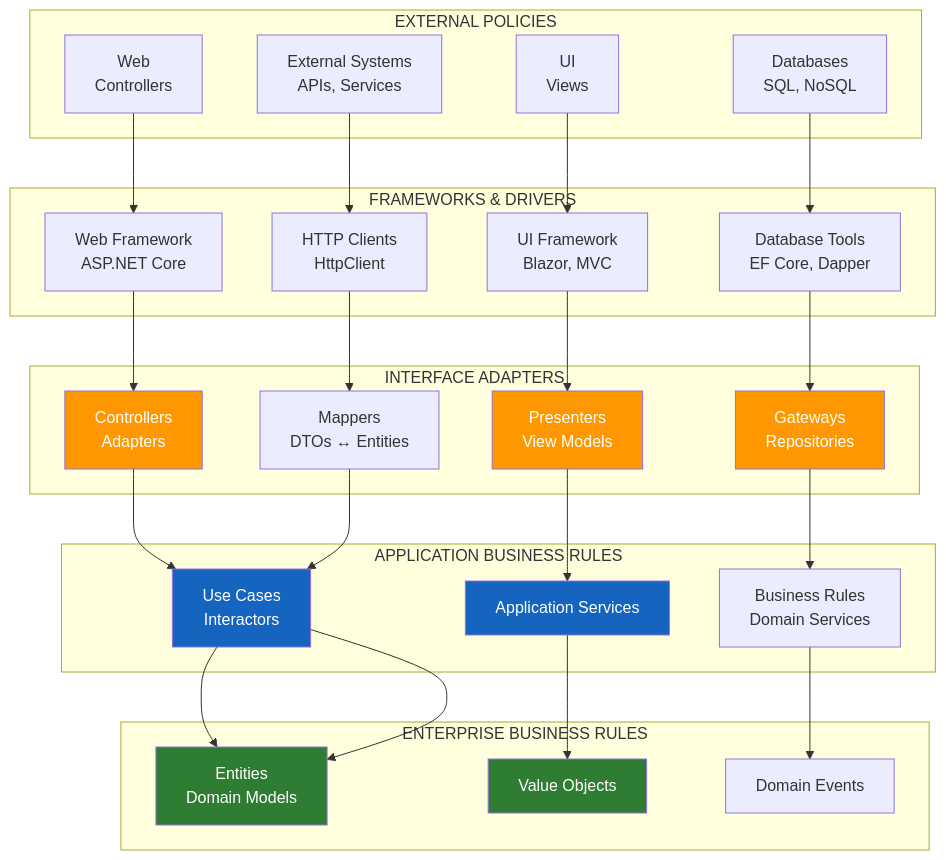
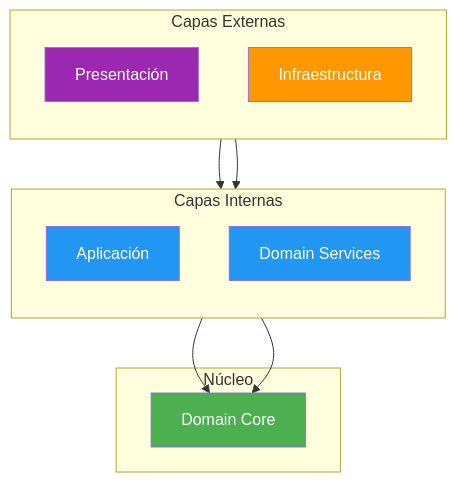
One commit to joseluisgs/DesarrolloWebEntornosServidor-02-2026-2027 changed the third of 5 diagrams in 11-clean-architecture.md. Above: the diagram before and after it, drawn with Mermaid. The commit also changed other lines of this file, not shown here.

Commit message:
[refactor] Reescribir punto 11: Clean Architecture sin ROP, con CQRS y estructura nueva

````diff
--- a/11-clean-architecture.md
+++ b/11-clean-architecture.md
@@ -309,48 +217,29 @@
 ```mermaid
 flowchart TB
-    subgraph "EXTERNAL POLICIES"
-        EP1["Web<br/>Controllers"]
-        EP2["UI<br/>Views"]
-        EP3["Databases<br/>SQL, NoSQL"]
-        EP4["External Systems<br/>APIs, Services"]
+    subgraph EXTERNO["Capas Externas"]
+        direction TB
+        P["Presentación"]
+        I["Infraestructura"]
     end
 
-    subgraph "FRAMEWORKS & DRIVERS"
-        FD1["Web Framework<br/>ASP.NET Core"]
-        FD2["UI Framework<br/>Blazor, MVC"]
-        FD3["Database Tools<br/>EF Core, Dapper"]
-        FD4["HTTP Clients<br/>HttpClient"]
+    subgraph INTERNO["Capas Internas"]
+        direction TB
+        A["Aplicación"]
+        DS["Domain Services"]
     end
 
-    subgraph "INTERFACE ADAPTERS"
-        IA1["Controllers<br/>Adapters"]
-        IA2["Presenters<br/>View Models"]
-        IA3["Gateways<br/>Repositories"]
-        IA4["Mappers<br/>DTOs ↔ Entities"]
+    subgraph CENTRO["Núcleo"]
+        DC["Domain Core"]
     end
 
-    subgraph "APPLICATION BUSINESS RULES"
-        AB1["Use Cases<br/>Interactors"]
-        AB2["Application Services"]
-        AB3["Business Rules<br/>Domain Services"]
-    end
+    P --> A
+    I --> DS
+    A --> DC
+    DS --> DC
 
-    subgraph "ENTERPRISE BUSINESS RULES"
-        EB1["Entities<br/>Domain Models"]
-        EB2["Value Objects"]
-        EB3["Domain Events"]
-    end
-
-    EP1 --> FD1 --> IA1 --> AB1 --> EB1
-    EP2 --> FD2 --> IA2 --> AB2 --> EB2
-    EP3 --> FD3 --> IA3 --> AB3 --> EB3
-    EP4 --> FD4 --> IA4 --> AB1 --> EB1
-
-    style EB1 fill:#2E7D32,color:#fff
-    style EB2 fill:#2E7D32,color:#fff
-    style AB1 fill:#1565C0,color:#fff
-    style AB2 fill:#1565C0,color:#fff
-    style IA1 fill:#FF9800,color:#fff
-    style IA2 fill:#FF9800,color:#fff
-    style IA3 fill:#FF9800,color:#fff
+    style DC fill:#4CAF50,color:#fff
+    style DS fill:#2196F3,color:#fff
+    style A fill:#2196F3,color:#fff
+    style P fill:#9C27B0,color:#fff
+    style I fill:#FF9800,color:#fff
 ```
````
